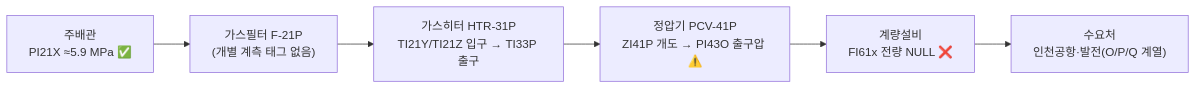
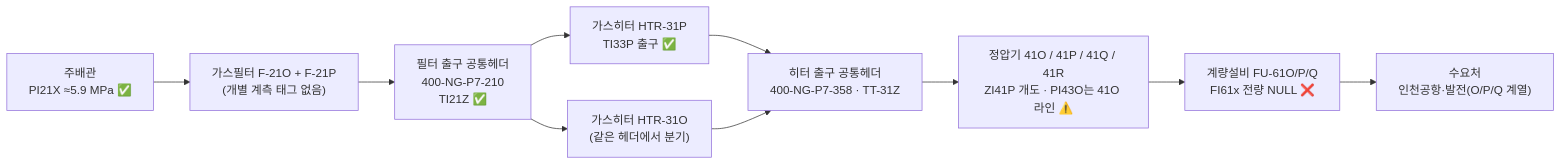
The first of 2 diagrams in docs/htr31p_flow.md (silvertetris/gas_system), drawn with Mermaid before and after one commit. The commit also changed other lines of this file and 42 other files, not shown here.

````diff
--- a/docs/htr31p_flow.md
+++ b/docs/htr31p_flow.md
@@ -44,8 +44,12 @@
 ```mermaid
 flowchart LR
-    A["주배관\nPI21X ≈5.9 MPa ✅"] --> B["가스필터 F-21P\n(개별 계측 태그 없음)"]
-    B --> C["가스히터 HTR-31P\nTI21Y/TI21Z 입구 → TI33P 출구"]
-    C --> D["정압기 PCV-41P\nZI41P 개도 → PI43O 출구압 ⚠️"]
-    D --> E["계량설비\nFI61x 전량 NULL ❌"]
+    A["주배관\nPI21X ≈5.9 MPa ✅"] --> B["가스필터 F-21O + F-21P\n(개별 계측 태그 없음)"]
+    B --> H["필터 출구 공통헤더\n400-NG-P7-210\nTI21Z ✅"]
+    H --> C["가스히터 HTR-31P\nTI33P 출구 ✅"]
+    H --> C2["가스히터 HTR-31O\n(같은 헤더에서 분기)"]
+    C --> G["히터 출구 공통헤더\n400-NG-P7-358 · TT-31Z"]
+    C2 --> G
+    G --> D["정압기 41O / 41P / 41Q / 41R\nZI41P 개도 · PI43O는 41O 라인 ⚠️"]
+    D --> E["계량설비 FU-61O/P/Q\nFI61x 전량 NULL ❌"]
     E --> F["수요처\n인천공항·발전(O/P/Q 계열)"]
 ```
````
